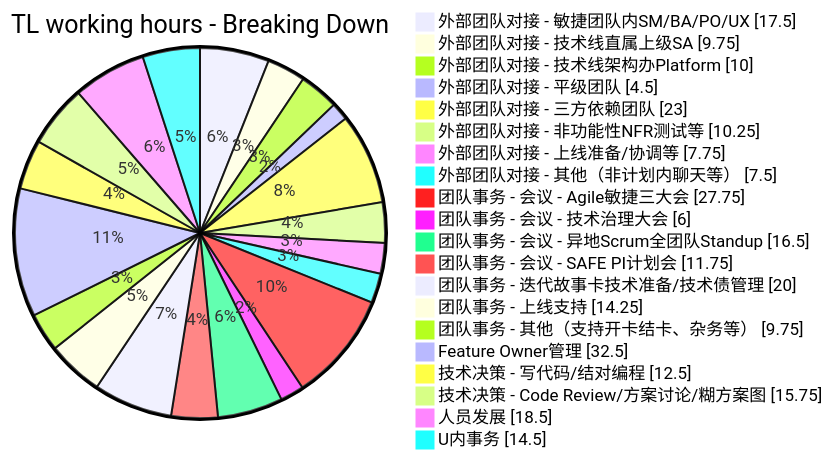
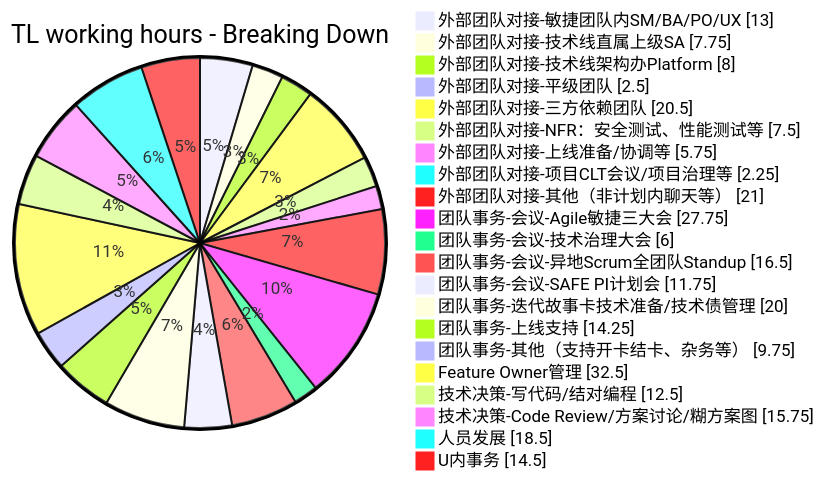
The second of 3 diagrams in _posts/2023-08-01-my-tech-lead-journey-i.md (EthanLin-TWer/blog), drawn with Mermaid before and after one commit. The commit also changed other lines of this file, not shown here.

Commit message:
🌞post: fix Q2 datapoint inconsistency & "email reply" as separate category

````diff
--- a/_posts/2023-08-01-my-tech-lead-journey-i.md
+++ b/_posts/2023-08-01-my-tech-lead-journey-i.md
@@ -33,28 +32,29 @@
 ```mermaid
 %%{init: {"pie": {"textPosition": 0.5, "useWidth": 1310}, "themeVariables": {"pieOuterStrokeWidth": "3px"}} }%%
 pie showData title TL working hours - Breaking Down
-  "外部团队对接 - 敏捷团队内SM/BA/PO/UX": 17.5
-  "外部团队对接 - 技术线直属上级SA": 9.75
-  "外部团队对接 - 技术线架构办Platform": 10
-  "外部团队对接 - 平级团队": 4.5
-  "外部团队对接 - 三方依赖团队": 23
-  "外部团队对接 - 非功能性NFR测试等": 10.25
-  "外部团队对接 - 上线准备/协调等": 7.75
-  "外部团队对接 - 其他（非计划内聊天等）": 7.5
+  "外部团队对接-敏捷团队内SM/BA/PO/UX": 13
+  "外部团队对接-技术线直属上级SA": 7.75
+  "外部团队对接-技术线架构办Platform": 8
+  "外部团队对接-平级团队": 2.5
+  "外部团队对接-三方依赖团队": 20.5
+  "外部团队对接-NFR：安全测试、性能测试等": 7.5
+  "外部团队对接-上线准备/协调等": 5.75
+  "外部团队对接-项目CLT会议/项目治理等": 2.25
+  "外部团队对接-其他（非计划内聊天等）": 21
   
-  "团队事务 - 会议 - Agile敏捷三大会": 27.75
-  "团队事务 - 会议 - 技术治理大会": 6
-  "团队事务 - 会议 - 异地Scrum全团队Standup": 16.5
-  "团队事务 - 会议 - SAFE PI计划会": 11.75
-  "团队事务 - 迭代故事卡技术准备/技术债管理": 20
-  "团队事务 - 上线支持": 14.25
-  "团队事务 - 其他（支持开卡结卡、杂务等）": 9.75
+  "团队事务-会议-Agile敏捷三大会": 27.75
+  "团队事务-会议-技术治理大会": 6
+  "团队事务-会议-异地Scrum全团队Standup": 16.5
+  "团队事务-会议-SAFE PI计划会": 11.75
+  "团队事务-迭代故事卡技术准备/技术债管理": 20
+  "团队事务-上线支持": 14.25
+  "团队事务-其他（支持开卡结卡、杂务等）": 9.75
 
   "Feature Owner管理": 32.5
 
-  "技术决策 - 写代码/结对编程": 12.5
-  "技术决策 - Code Review/方案讨论/糊方案图": 15.75
+  "技术决策-写代码/结对编程": 12.5
+  "技术决策-Code Review/方案讨论/糊方案图": 15.75
 
   "人员发展": 18.5
   "U内事务": 14.5
 ```
````
